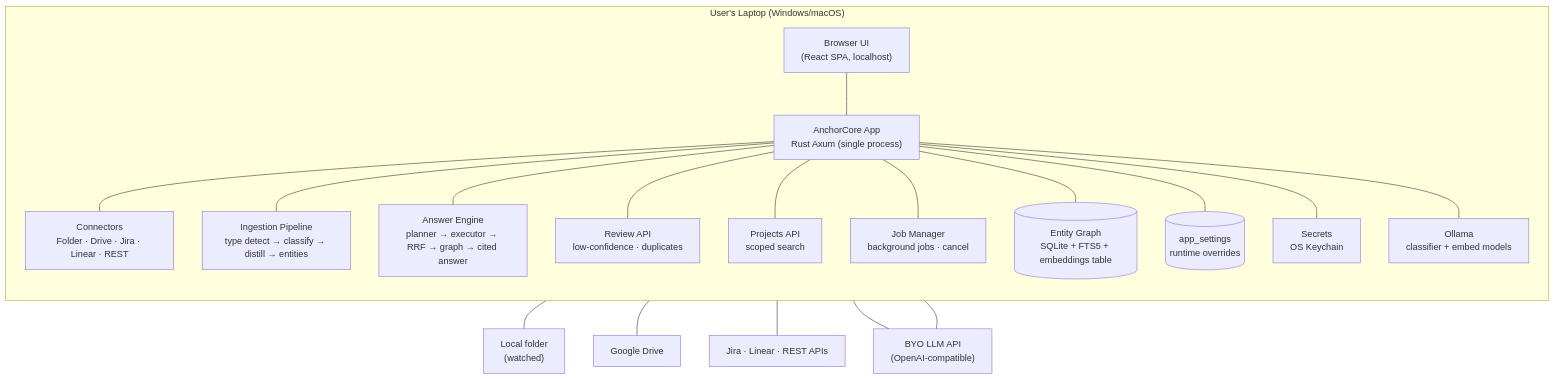
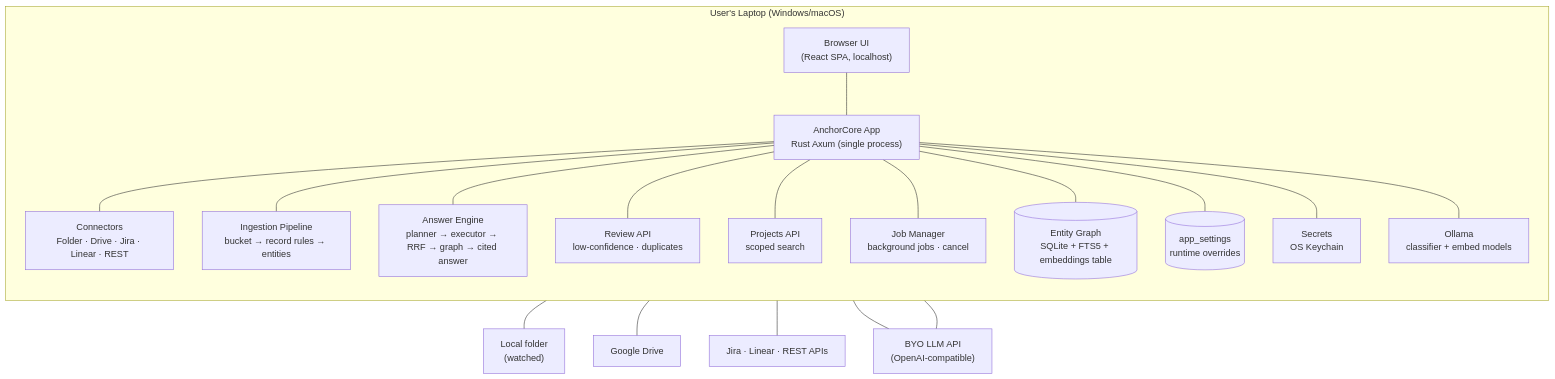
One commit to Atsirkunov/anchorcore changed the first of 4 diagrams in docs/architecture.md. Above: the diagram before and after it, drawn with Mermaid. The commit also changed other lines of this file and 27 other files, not shown here.

````diff
--- a/docs/architecture.md
+++ b/docs/architecture.md
@@ -21,34 +21,34 @@
 ```mermaid
 flowchart TB
     subgraph laptop["User's Laptop (Windows/macOS)"]
         direction TB
         browser["Browser UI<br/>(React SPA, localhost)"]
         api["AnchorCore App<br/>Rust Axum (single process)"]
         api --- connectors["Connectors<br/>Folder · Drive · Jira · Linear · REST"]
-        api --- pipeline["Ingestion Pipeline<br/>type detect → classify → distill → entities"]
+        api --- pipeline["Ingestion Pipeline<br/>bucket → record rules → entities"]
         api --- rag["Answer Engine<br/>planner → executor → RRF → graph → cited answer"]
         api --- review["Review API<br/>low-confidence · duplicates"]
         api --- projects["Projects API<br/>scoped search"]
         api --- jobs["Job Manager<br/>background jobs · cancel"]
         db[("Entity Graph<br/>SQLite + FTS5 + embeddings table")]
         settings[("app_settings<br/>runtime overrides")]
         secrets["Secrets<br/>OS Keychain"]
         api --- db
         api --- settings
         api --- secrets
         browser --- api
         ollama["Ollama<br/>classifier + embed models"]
         api --- ollama
     end
 
     tickets["Jira · Linear · REST APIs"]
     drive["Google Drive"]
     folder["Local folder<br/>(watched)"]
     cloud["BYO LLM API<br/>(OpenAI-compatible)"]
 
     connectors --- folder
     connectors --- drive
     connectors --- tickets
     pipeline --- cloud
     rag --- cloud
 ```
````
